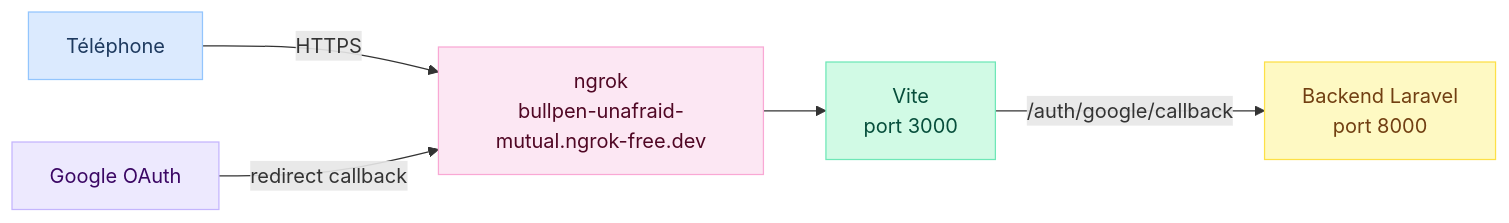
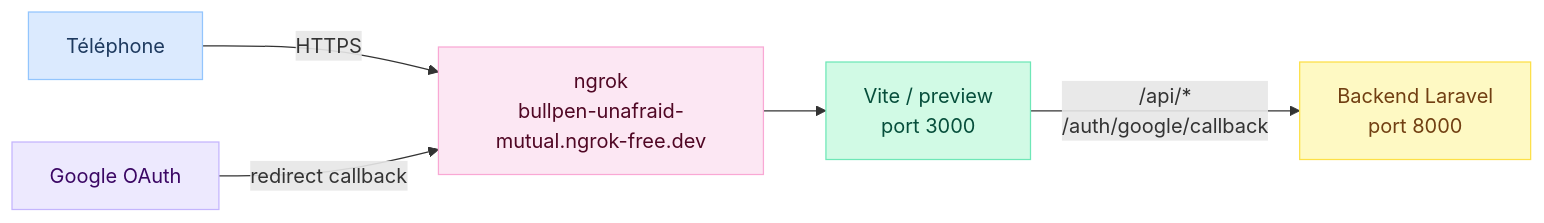
One commit to hyosua/sygma changed the third of 3 diagrams in docs/doc_technique.md. Above: the diagram before and after it, drawn with Mermaid. The commit also changed other lines of this file, not shown here.

````diff
--- a/docs/doc_technique.md
+++ b/docs/doc_technique.md
@@ -328,19 +263,19 @@
 ```mermaid
 flowchart LR
     A["Téléphone"]
     B["ngrok\nbullpen-unafraid-mutual.ngrok-free.dev"]
-    C["Vite\nport 3000"]
+    C["Vite / preview\nport 3000"]
     D["Backend Laravel\nport 8000"]
     E["Google OAuth"]
 
     A -- "HTTPS" --> B
     B --> C
-    C -- "/auth/google/callback" --> D
+    C -- "/api/*\n/auth/google/callback" --> D
     E -- "redirect callback" --> B
 
     style A fill:#dbeafe,stroke:#93c5fd,color:#1e3a5f
     style B fill:#fce7f3,stroke:#f9a8d4,color:#500724
     style C fill:#d1fae5,stroke:#6ee7b7,color:#064e3b
     style D fill:#fef9c3,stroke:#fde047,color:#713f12
     style E fill:#ede9fe,stroke:#c4b5fd,color:#3b0764
 ```
````
